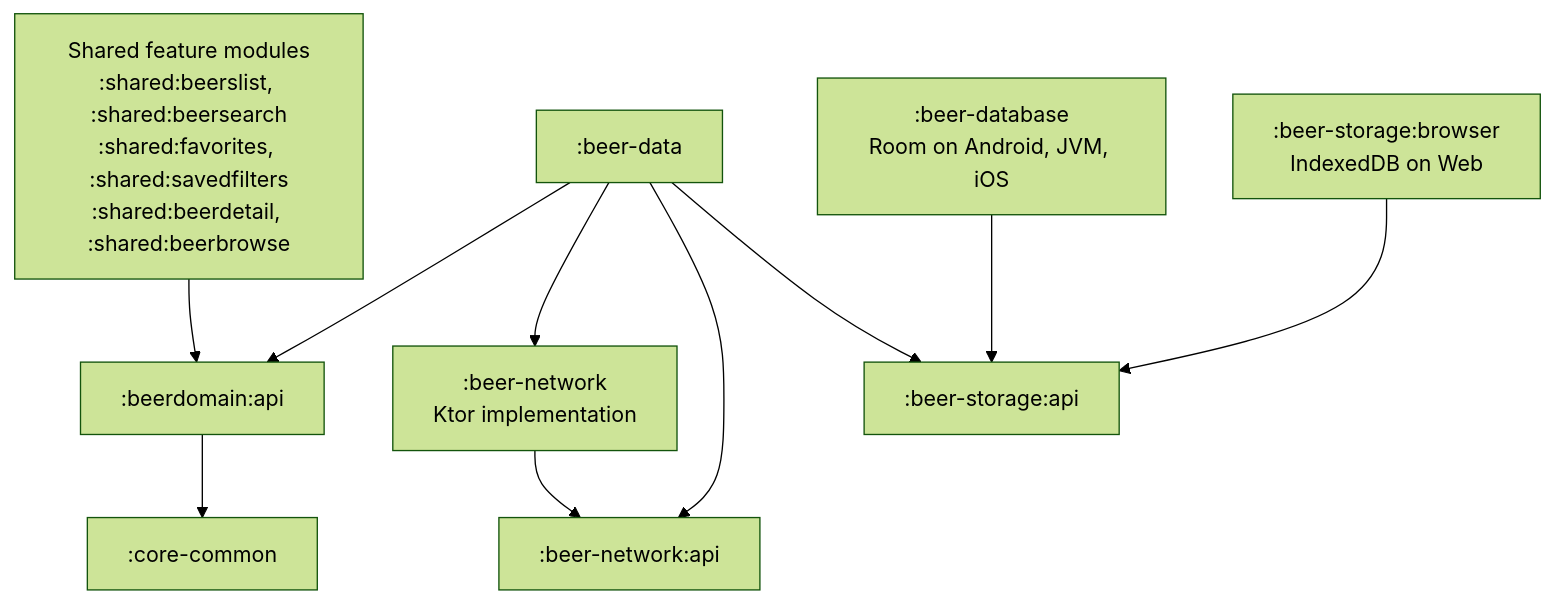
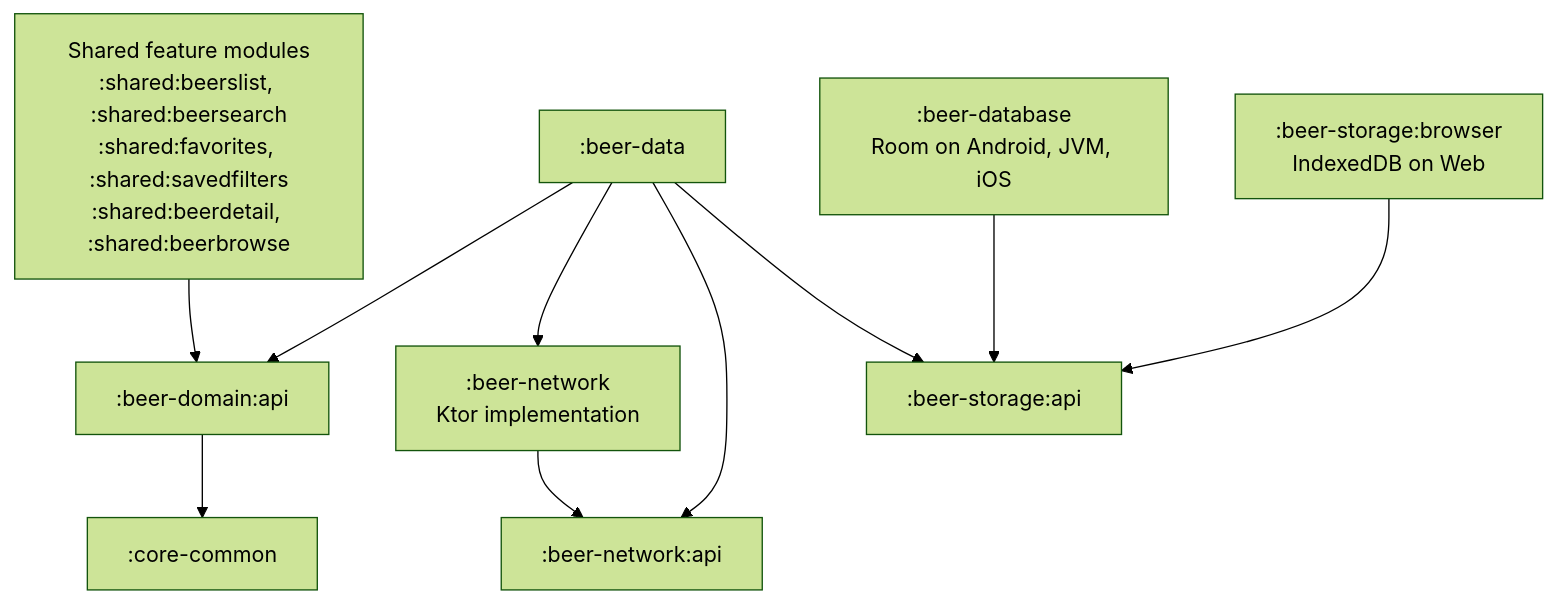
The second of 2 diagrams in README.md (simtop/BillionBeers), drawn with Mermaid (forest theme) before and after one commit. The commit also changed 344 other files, not shown here.

````diff
--- a/README.md
+++ b/README.md
@@ -165,22 +165,22 @@
 ```mermaid
 flowchart TB
     Screens["Shared feature modules<br/>:shared:beerslist, :shared:beersearch<br/>:shared:favorites, :shared:savedfilters<br/>:shared:beerdetail, :shared:beerbrowse"]
-    Domain[":beerdomain:api"]
+    Domain[":beer-domain:api"]
     Common[":core-common"]
     Data[":beer-data"]
     Network[":beer-network<br/>Ktor implementation"]
     NetworkAPI[":beer-network:api"]
     Storage[":beer-storage:api"]
     Room[":beer-database<br/>Room on Android, JVM, iOS"]
     Browser[":beer-storage:browser<br/>IndexedDB on Web"]
 
     Screens --> Domain
     Data --> Domain
     Domain --> Common
     Data --> Network
     Data --> NetworkAPI
     Network --> NetworkAPI
     Data --> Storage
     Room --> Storage
     Browser --> Storage
 ```
````
